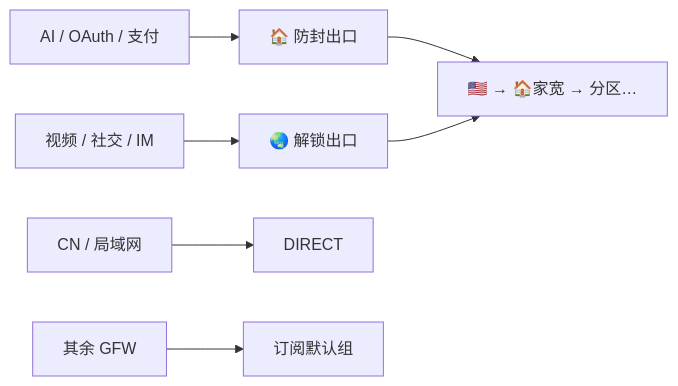
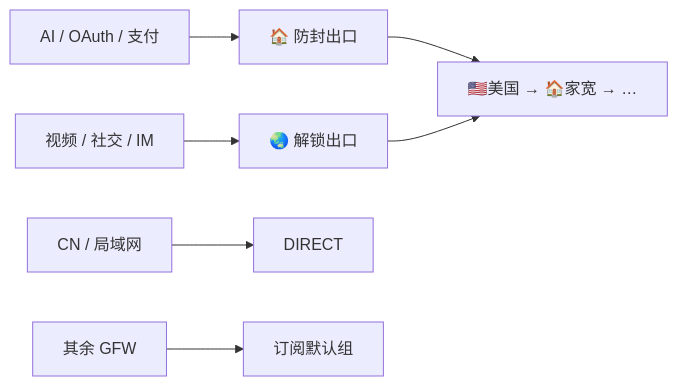
Before and after one commit to andrew-zyf/clash-override-home-broadband-chain-proxy: the diagram in README.md, drawn with Mermaid. The commit also changed other lines of this file and 3 other files, not shown here.

````diff
--- a/README.md
+++ b/README.md
@@ -83,9 +83,9 @@
 ```mermaid
 flowchart LR
   A[AI / OAuth / 支付] --> B[🏠 防封出口]
-  B --> C[🇺🇸 → 🏠家宽 → 分区…]
+  B --> C[🇺🇸美国 → 🏠家宽 → …]
   D[视频 / 社交 / IM] --> E[🌏 解锁出口]
   E --> C
   F[CN / 局域网] --> G[DIRECT]
   H[其余 GFW] --> I[订阅默认组]
 ```
````
